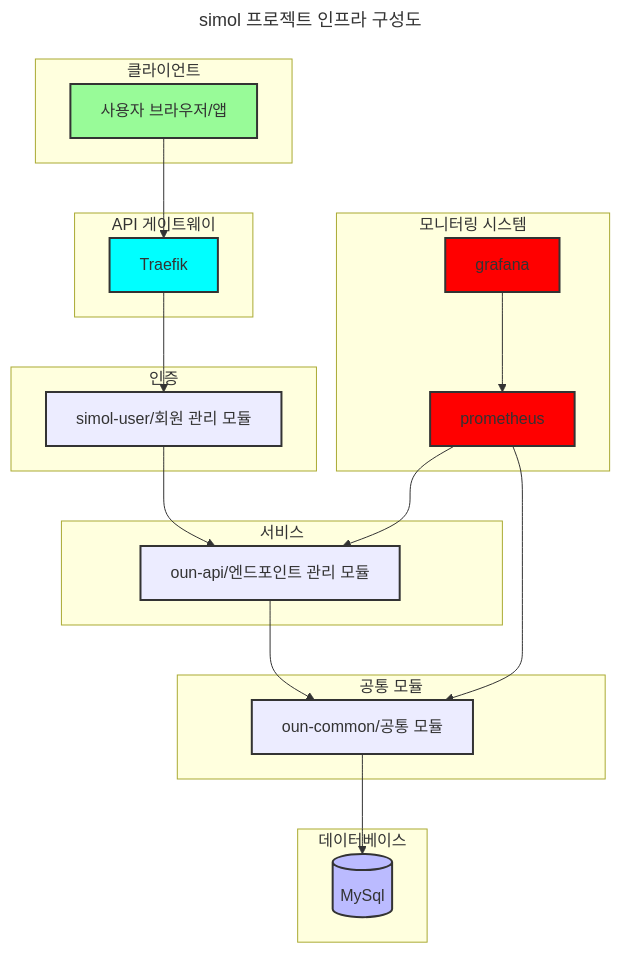
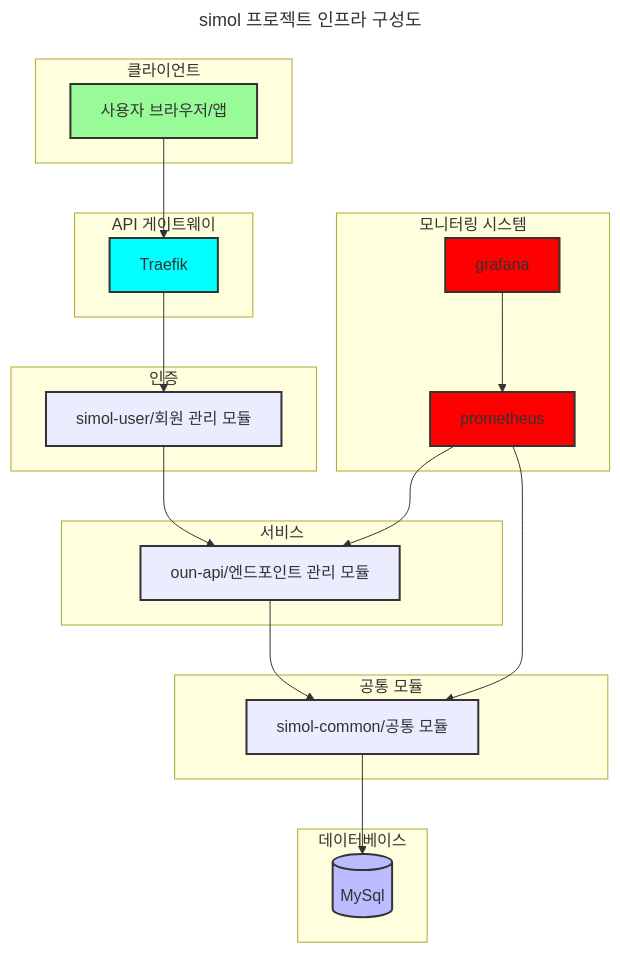
One commit to juno-choi/simol changed the first of 7 diagrams in README.md. Above: the diagram before and after it, drawn with Mermaid. The commit also changed other lines of this file and 159 other files, not shown here.

Commit message:
fix: oun-common -> simol-common 으로 변경

````diff
--- a/README.md
+++ b/README.md
@@ -41,58 +41,58 @@
 ```mermaid
 ---
 title: simol 프로젝트 인프라 구성도
 ---
 flowchart TB
     subgraph "클라이언트"
         Client[사용자 브라우저/앱]
     end
 
     subgraph "API 게이트웨이"
         Gateway[Traefik]
     end
 
     subgraph "인증"
         User[simol-user/회원 관리 모듈]
     end
 
     subgraph "서비스"
         API[oun-api/엔드포인트 관리 모듈]
     end
 
     subgraph "공통 모듈"
-        Common[oun-common/공통 모듈]
+        Common[simol-common/공통 모듈]
     end
 
     subgraph "모니터링 시스템"
         Prometheus[prometheus]
         Grafana[grafana]
     end
 
     subgraph "데이터베이스"
         DB[(MySql)]
     end
     
 
     Client --> Gateway
     Gateway --> User
     User --> API
     
     API --> Common
     Common --> DB
 
     Prometheus --> API
     Prometheus --> Common
     Grafana --> Prometheus
 
     classDef service stroke:#333,stroke-width:2px
     classDef monitoring fill:#ff0000,stroke:#333,stroke-width:2px
     classDef database fill:#bbf,stroke:#333,stroke-width:2px
     classDef client fill:#98fb98,stroke:#333,stroke-width:2px
     classDef gateway fill:#00ffff,stroke:#333,stroke-width:2px
     
     class Client client
     class Gateway gateway
     class API,User,Common service
     class Prometheus,Grafana monitoring
     class DB database
 ```
````
